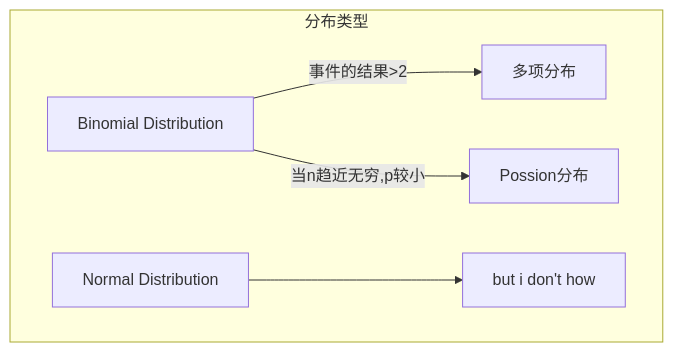
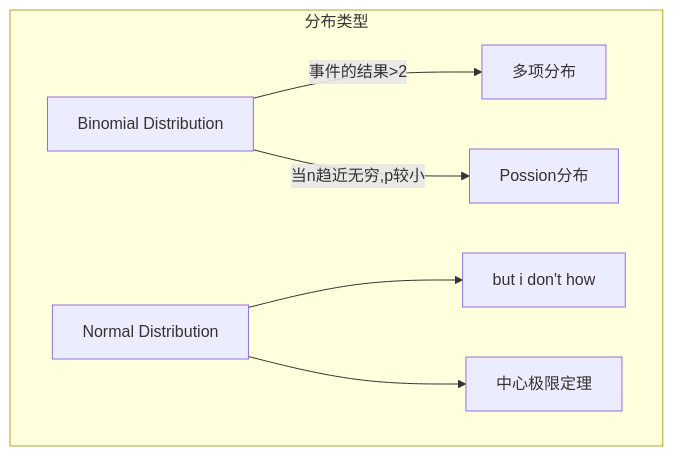
The first of 2 diagrams in source/_posts/Mind map of health statistics.md (introvert24312/somehow), drawn with Mermaid before and after one commit. The commit also changed 3 other files, not shown here.

````diff
--- a/source/_posts/Mind map of health statistics.md
+++ b/source/_posts/Mind map of health statistics.md
@@ -9,17 +9,19 @@
 ```mermaid
 graph TD;
 subgraph 分布类型
 0[Binomial Distribution]-->|事件的结果>2|00[多项分布]
 
 0-->|当n趋近无穷,p较小|1[Possion分布]
 
 2[Normal Distribution];
 
 2-->21[but i don't how]
+2-->22[中心极限定理]
 end
 
 click 0 "https://ysz.asia/2024/03/14/Binomial%20Distribution/"
 click 00 "https://ysz.asia/2024/03/14/Binomial%20Distribution/"
 click 1 "https://ysz.asia/2024/03/16/Poisson%20Distribution/"
 click 2 "https://ysz.asia/2024/03/24/Normal%20Distribution/"
+click 22 "https://ysz.asia/2024/03/24/Normal%20Distribution/"
 ```
````
